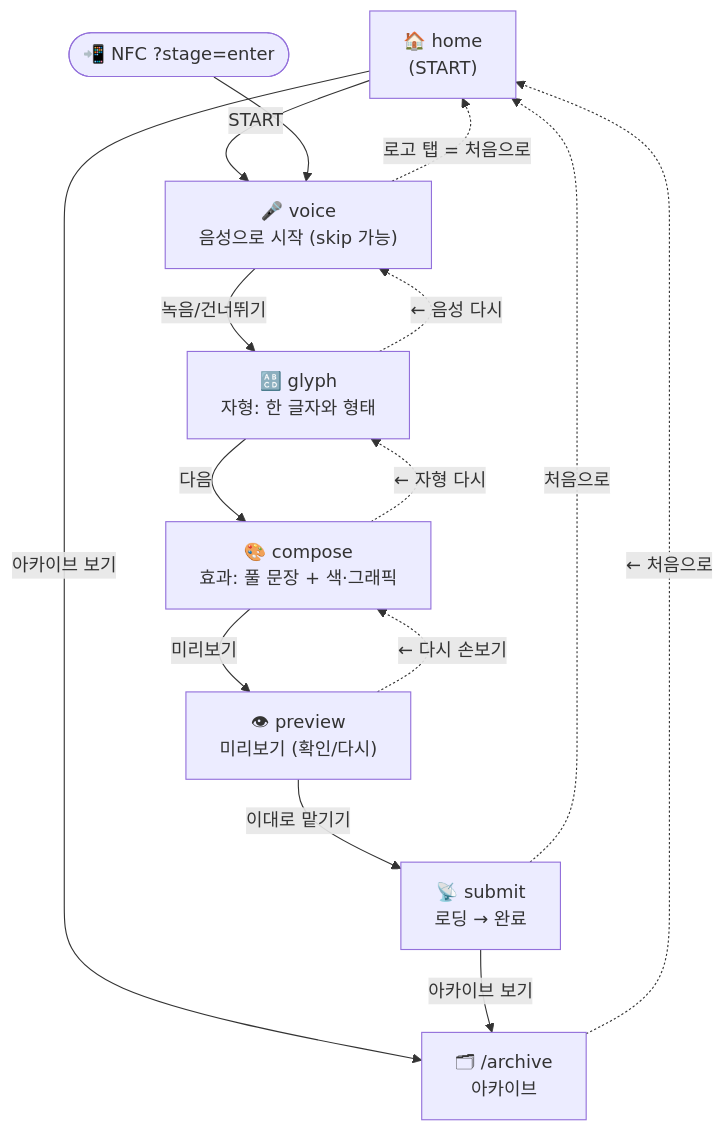
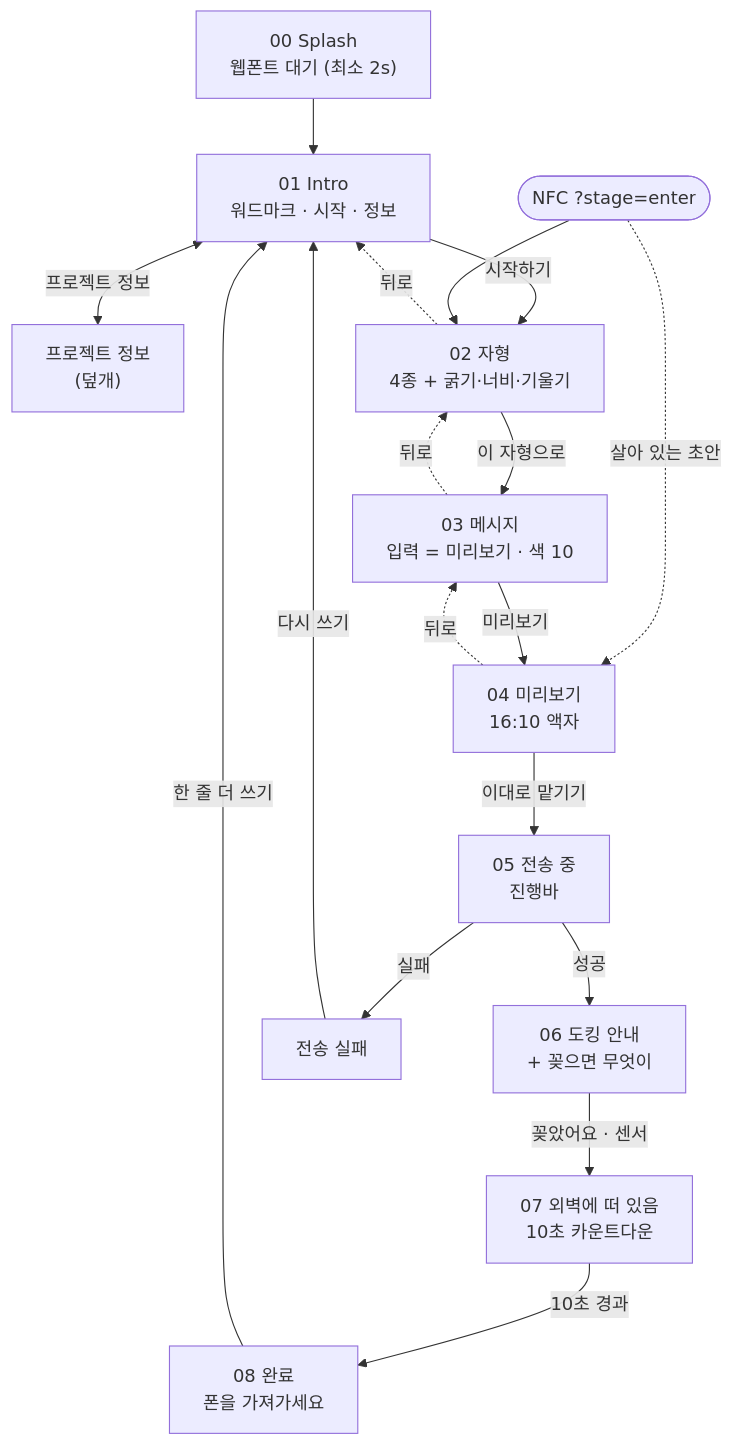
The diagram in design/ia-structure.md (moomiryu/dock-webapp), drawn with Mermaid before and after one commit. The commit also changed other lines of this file and 1 other file, not shown here.

````diff
--- a/design/ia-structure.md
+++ b/design/ia-structure.md
@@ -45,26 +52,34 @@
 ```mermaid
 flowchart TD
-    HOME["🏠 home<br/>(START)"]
-    VOICE["🎤 voice<br/>음성으로 시작 (skip 가능)"]
-    GLYPH["🔠 glyph<br/>자형: 한 글자와 형태"]
-    COMPOSE["🎨 compose<br/>효과: 풀 문장 + 색·그래픽"]
-    PREVIEW["👁 preview<br/>미리보기 (확인/다시)"]
-    SUBMIT["📡 submit<br/>로딩 → 완료"]
-    ARCHIVE["🗂 /archive<br/>아카이브"]
+    SPLASH["00 Splash<br/>웹폰트 대기 (최소 2s)"]
+    HOME["01 Intro<br/>워드마크 · 시작 · 정보"]
+    INFO["프로젝트 정보<br/>(덮개)"]
+    GLYPH["02 자형<br/>4종 + 굵기·너비·기울기"]
+    COMPOSE["03 메시지<br/>입력 = 미리보기 · 색 10"]
+    PREVIEW["04 미리보기<br/>16:10 액자"]
+    SENDING["05 전송 중<br/>진행바"]
+    DOCK["06 도킹 안내<br/>+ 꽂으면 무엇이"]
+    ONWALL["07 외벽에 떠 있음<br/>10초 카운트다운"]
+    DONE["08 완료<br/>폰을 가져가세요"]
+    ERR["전송 실패"]
 
-    HOME -->|START| VOICE
-    HOME -->|아카이브 보기| ARCHIVE
-    VOICE -->|녹음/건너뛰기| GLYPH
-    VOICE -.->|로고 탭 = 처음으로| HOME
-    GLYPH -->|다음| COMPOSE
-    GLYPH -.->|← 음성 다시| VOICE
+    SPLASH --> HOME
+    HOME -->|시작하기| GLYPH
+    HOME <-->|프로젝트 정보| INFO
+    NFC(["NFC ?stage=enter"]) --> GLYPH
+    NFC -.->|살아 있는 초안| PREVIEW
+
+    GLYPH -->|이 자형으로| COMPOSE
+    GLYPH -.->|뒤로| HOME
     COMPOSE -->|미리보기| PREVIEW
-    COMPOSE -.->|← 자형 다시| GLYPH
-    PREVIEW -->|이대로 맡기기| SUBMIT
-    PREVIEW -.->|← 다시 손보기| COMPOSE
-    SUBMIT -->|아카이브 보기| ARCHIVE
-    SUBMIT -.->|처음으로| HOME
-    ARCHIVE -.->|← 처음으로| HOME
+    COMPOSE -.->|뒤로| GLYPH
+    PREVIEW -->|이대로 맡기기| SENDING
+    PREVIEW -.->|뒤로| COMPOSE
 
-    NFC(["📲 NFC ?stage=enter"]) --> VOICE
+    SENDING -->|성공| DOCK
+    SENDING -->|실패| ERR
+    ERR -->|다시 쓰기| HOME
+    DOCK -->|꽂았어요 · 센서| ONWALL
+    ONWALL -->|10초 경과| DONE
+    DONE -->|한 줄 더 쓰기| HOME
 ```
````
